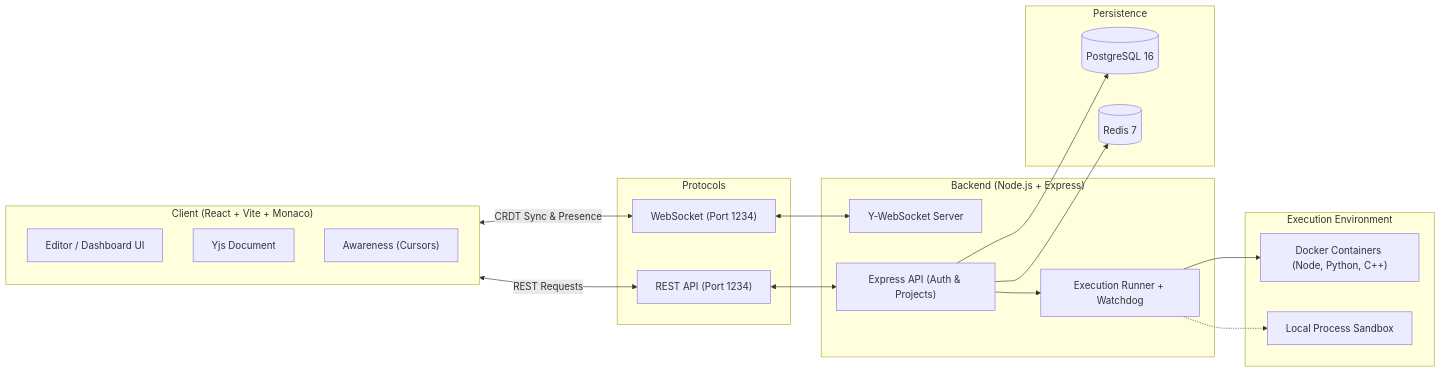
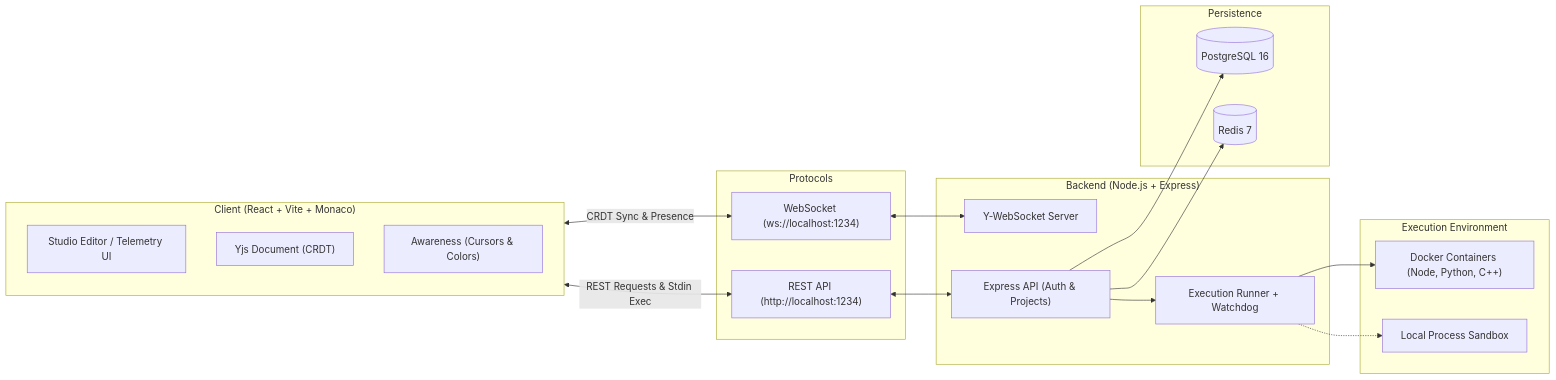
The diagram in README.md (ojaswishivam/CodeCollab), drawn with Mermaid before and after one commit. The commit also changed other lines of this file and 16 other files, not shown here.

````diff
--- a/README.md
+++ b/README.md
@@ -55,36 +60,36 @@
 ```mermaid
 graph LR
     subgraph Client ["Client (React + Vite + Monaco)"]
-        UI["Editor / Dashboard UI"]
-        YDoc["Yjs Document"]
-        Awareness["Awareness (Cursors)"]
+        UI["Studio Editor / Telemetry UI"]
+        YDoc["Yjs Document (CRDT)"]
+        Awareness["Awareness (Cursors & Colors)"]
     end
 
     subgraph Network ["Protocols"]
-        WS["WebSocket (Port 1234)"]
-        HTTP["REST API (Port 1234)"]
+        WS["WebSocket (ws://localhost:1234)"]
+        HTTP["REST API (http://localhost:1234)"]
     end
 
     subgraph Server ["Backend (Node.js + Express)"]
         WSServer["Y-WebSocket Server"]
         API["Express API (Auth & Projects)"]
         Runner["Execution Runner + Watchdog"]
     end
 
     subgraph Sandbox ["Execution Environment"]
         Docker["Docker Containers (Node, Python, C++)"]
         Fallback["Local Process Sandbox"]
     end
 
     subgraph Storage ["Persistence"]
         Postgres[(PostgreSQL 16)]
         Redis[(Redis 7)]
     end
 
     Client <-->|CRDT Sync & Presence| WS <--> WSServer
-    Client <-->|REST Requests| HTTP <--> API
+    Client <-->|REST Requests & Stdin Exec| HTTP <--> API
     API --> Postgres & Redis
     API --> Runner
     Runner --> Docker
     Runner -.-> Fallback
 ```
````
